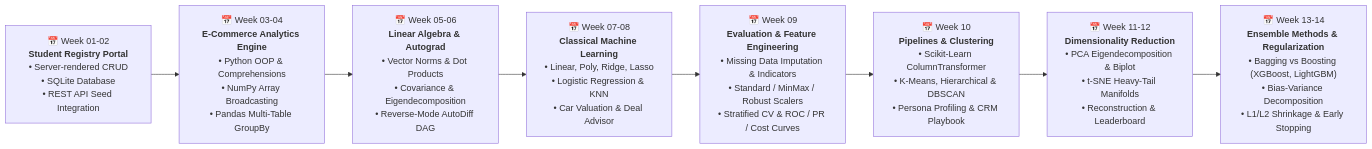
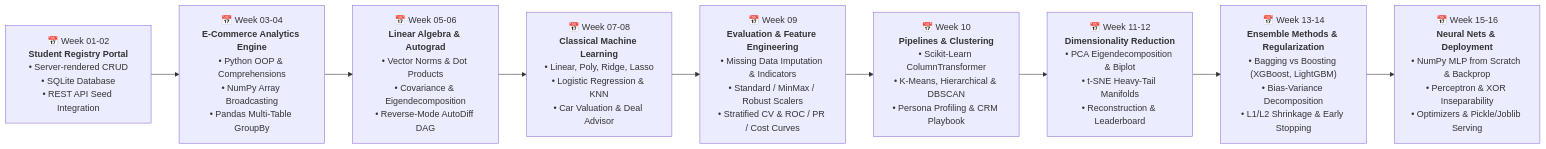
The diagram in README.md (dhanish0711/Hack-o-Week-Odd-Semester-Session-2026-2027), drawn with Mermaid before and after one commit. The commit also changed other lines of this file, not shown here.

Commit message:
docs: update repository roadmap and curriculum index with week 15-16 neural networks and model deployment

````diff
--- a/README.md
+++ b/README.md
@@ -25,11 +25,12 @@
 ```mermaid
 flowchart LR
     W1["📅 Week 01-02<br><b>Student Registry Portal</b><br>• Server-rendered CRUD<br>• SQLite Database<br>• REST API Seed Integration"]
     --> W3["📅 Week 03-04<br><b>E-Commerce Analytics Engine</b><br>• Python OOP & Comprehensions<br>• NumPy Array Broadcasting<br>• Pandas Multi-Table GroupBy"]
     --> W5["📅 Week 05-06<br><b>Linear Algebra & Autograd</b><br>• Vector Norms & Dot Products<br>• Covariance & Eigendecomposition<br>• Reverse-Mode AutoDiff DAG"]
     --> W7["📅 Week 07-08<br><b>Classical Machine Learning</b><br>• Linear, Poly, Ridge, Lasso<br>• Logistic Regression & KNN<br>• Car Valuation & Deal Advisor"]
     --> W9["📅 Week 09<br><b>Evaluation & Feature Engineering</b><br>• Missing Data Imputation & Indicators<br>• Standard / MinMax / Robust Scalers<br>• Stratified CV & ROC / PR / Cost Curves"]
     --> W10["📅 Week 10<br><b>Pipelines & Clustering</b><br>• Scikit-Learn ColumnTransformer<br>• K-Means, Hierarchical & DBSCAN<br>• Persona Profiling & CRM Playbook"]
     --> W11["📅 Week 11-12<br><b>Dimensionality Reduction</b><br>• PCA Eigendecomposition & Biplot<br>• t-SNE Heavy-Tail Manifolds<br>• Reconstruction & Leaderboard"]
     --> W13["📅 Week 13-14<br><b>Ensemble Methods & Regularization</b><br>• Bagging vs Boosting (XGBoost, LightGBM)<br>• Bias-Variance Decomposition<br>• L1/L2 Shrinkage & Early Stopping"]
+    --> W15["📅 Week 15-16<br><b>Neural Nets & Deployment</b><br>• NumPy MLP from Scratch & Backprop<br>• Perceptron & XOR Inseparability<br>• Optimizers & Pickle/Joblib Serving"]
 ```
````
